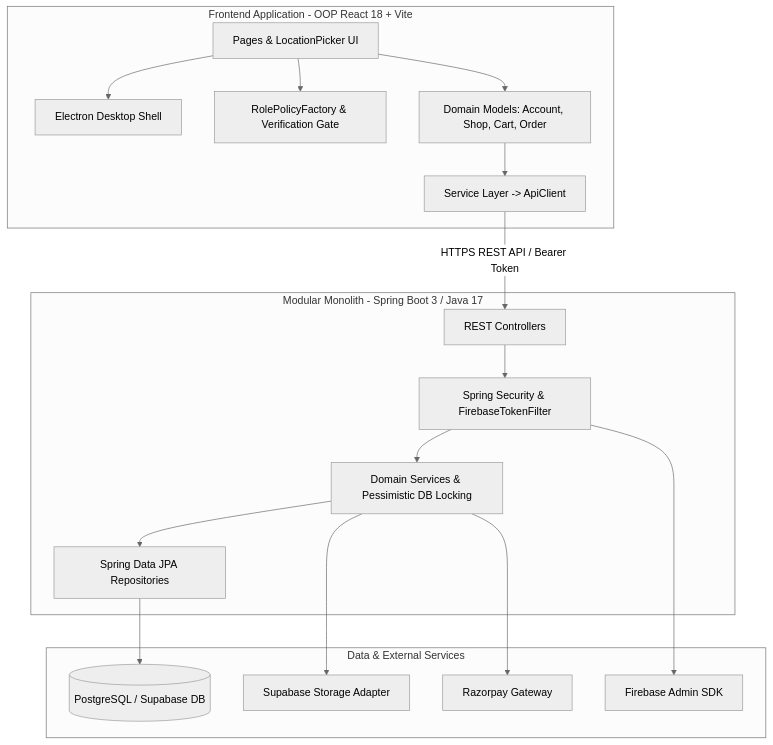
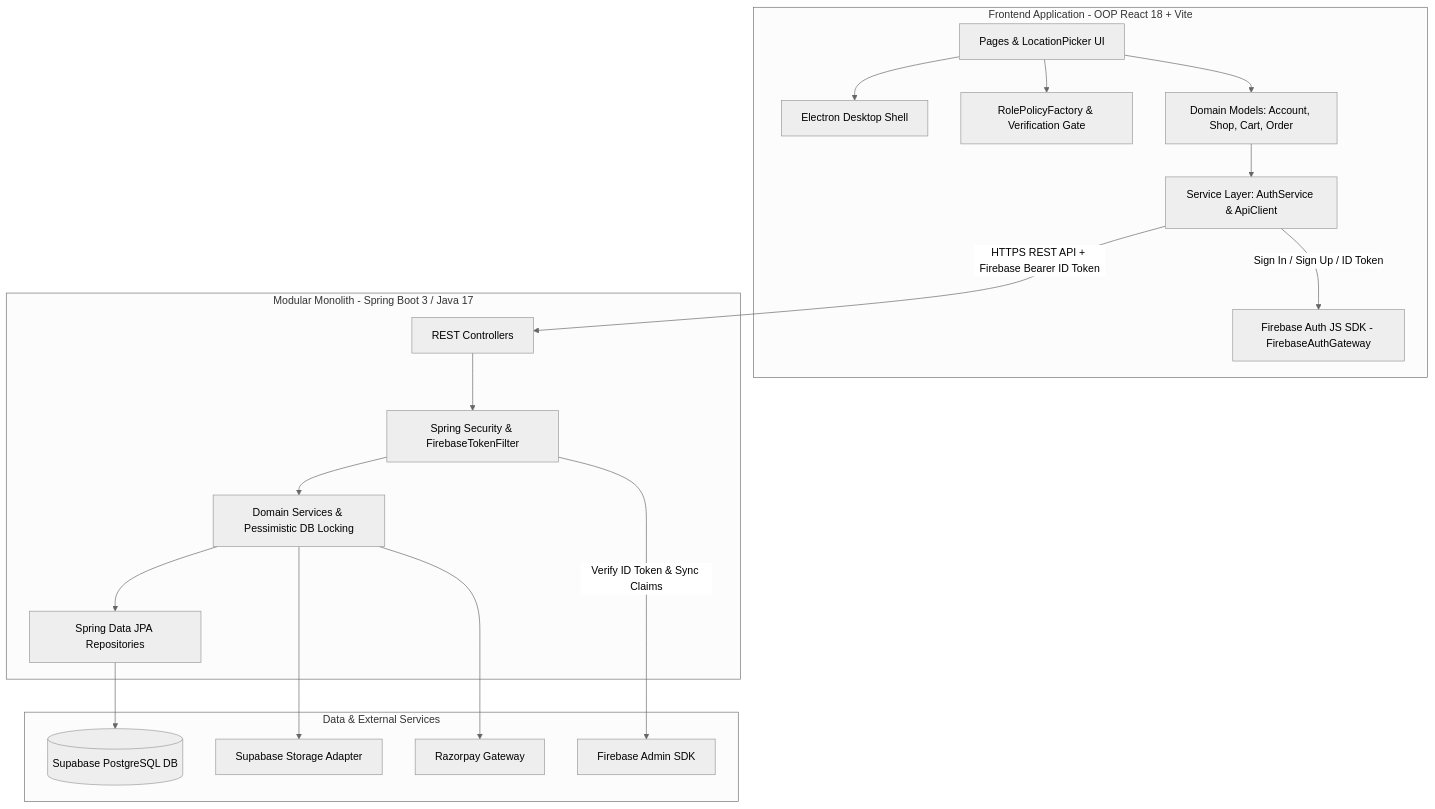
One commit to nextcoder07/Quickbite-backend changed the diagram in README.md. Above: the diagram before and after it, drawn with Mermaid (neutral theme). The commit also changed other lines of this file and 50 other files, not shown here.

````diff
--- a/README.md
+++ b/README.md
@@ -9,23 +9,24 @@
 ```mermaid
 graph TD
     subgraph Desktop [Frontend Application - OOP React 18 + Vite]
         UI[Pages & LocationPicker UI] --> Electron[Electron Desktop Shell]
         UI --> Policies[RolePolicyFactory & Verification Gate]
         UI --> Models[Domain Models: Account, Shop, Cart, Order]
-        Models --> Services[Service Layer -> ApiClient]
+        Models --> Services[Service Layer: AuthService & ApiClient]
+        Services -->|Sign In / Sign Up / ID Token| FirebaseClient[Firebase Auth JS SDK - FirebaseAuthGateway]
     end
 
     subgraph Backend [Modular Monolith - Spring Boot 3 / Java 17]
-        Services -->|HTTPS REST API / Bearer Token| Controller[REST Controllers]
+        Services -->|HTTPS REST API + Firebase Bearer ID Token| Controller[REST Controllers]
         Controller --> Security[Spring Security & FirebaseTokenFilter]
         Security --> DomainServices[Domain Services & Pessimistic DB Locking]
         DomainServices --> Repo[Spring Data JPA Repositories]
     end
 
     subgraph DataServices [Data & External Services]
-        Repo --> DB[(PostgreSQL / Supabase DB)]
+        Repo --> DB[(Supabase PostgreSQL DB)]
         DomainServices --> Storage[Supabase Storage Adapter]
         DomainServices --> Razorpay[Razorpay Gateway]
-        Security --> FirebaseAuth[Firebase Admin SDK]
+        Security -->|Verify ID Token & Sync Claims| FirebaseAdmin[Firebase Admin SDK]
     end
 ```
````
